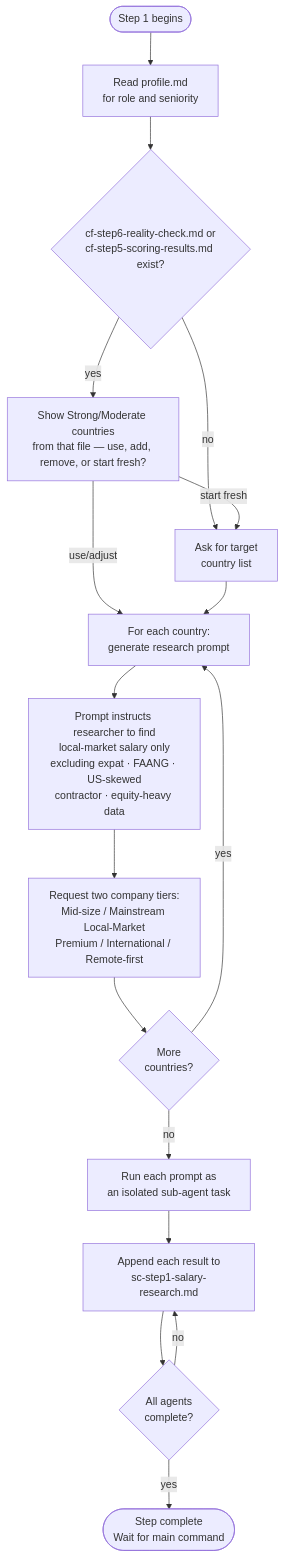
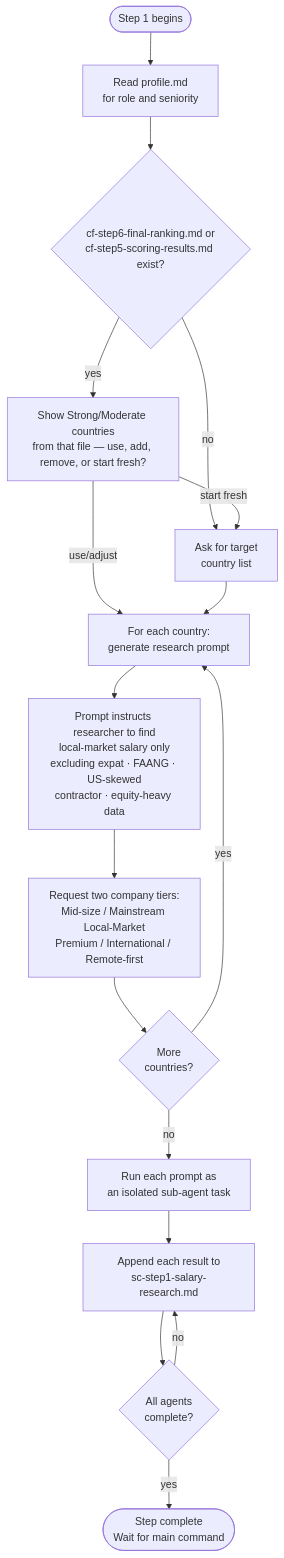
Before and after one commit to myowinthein/agent-compass: the diagram in docs/commands/salary-calculator/step1-research-prompt-generator.md, drawn with Mermaid. The commit also changed other lines of this file and 19 other files, not shown here.

````diff
--- a/docs/commands/salary-calculator/step1-research-prompt-generator.md
+++ b/docs/commands/salary-calculator/step1-research-prompt-generator.md
@@ -14,19 +14,19 @@
 ```mermaid
 flowchart TD
   Start([Step 1 begins]) --> ReadProfile[Read profile.md\nfor role and seniority]
-  ReadProfile --> CFCheck{cf-step6-reality-check.md or\ncf-step5-scoring-results.md exist?}
+  ReadProfile --> CFCheck{cf-step6-final-ranking.md or\ncf-step5-scoring-results.md exist?}
   CFCheck -->|yes| Offer[Show Strong/Moderate countries\nfrom that file — use, add, remove, or start fresh?]
   CFCheck -->|no| AskList[Ask for target\ncountry list]
   Offer -->|start fresh| AskList
   Offer -->|use/adjust| ForEach
   AskList --> ForEach[For each country:\ngenerate research prompt]
   ForEach --> Prompt[Prompt instructs researcher to find\nlocal-market salary only\nexcluding expat · FAANG · US-skewed\ncontractor · equity-heavy data]
   Prompt --> Tiers[Request two company tiers:\nMid-size / Mainstream Local-Market\nPremium / International / Remote-first]
   Tiers --> More{More\ncountries?}
   More -->|yes| ForEach
   More -->|no| Agents[Run each prompt as\nan isolated sub-agent task]
   Agents --> Append[Append each result to\nsc-step1-salary-research.md]
   Append --> AllDone{All agents\ncomplete?}
   AllDone -->|no| Append
   AllDone -->|yes| Done([Step complete\nWait for main command])
 ```
````
